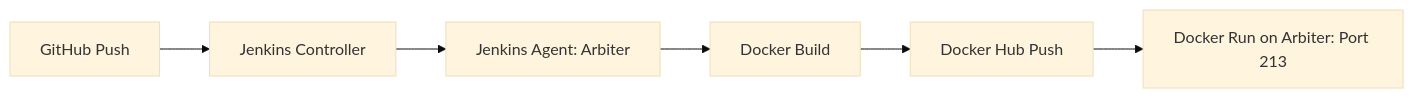
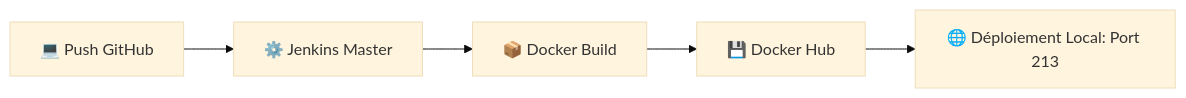
The diagram in README.md (LAMBARAA-Abdellah/DEVOPS), drawn with Mermaid (base theme) before and after one commit. The commit also changed other lines of this file and 1 other file, not shown here.

````diff
--- a/README.md
+++ b/README.md
@@ -9,8 +9,7 @@
 ```mermaid
 graph LR
-    A[GitHub Push] --> B[Jenkins Controller]
-    B --> C[Jenkins Agent: Arbiter]
-    C --> D[Docker Build]
-    D --> E[Docker Hub Push]
-    E --> F[Docker Run on Arbiter: Port 213]
+    A[💻 Push GitHub] --> B[⚙️ Jenkins Master]
+    B --> C[📦 Docker Build]
+    C --> D[💾 Docker Hub]
+    D --> E[🌐 Déploiement Local: Port 213]
 ```
````
